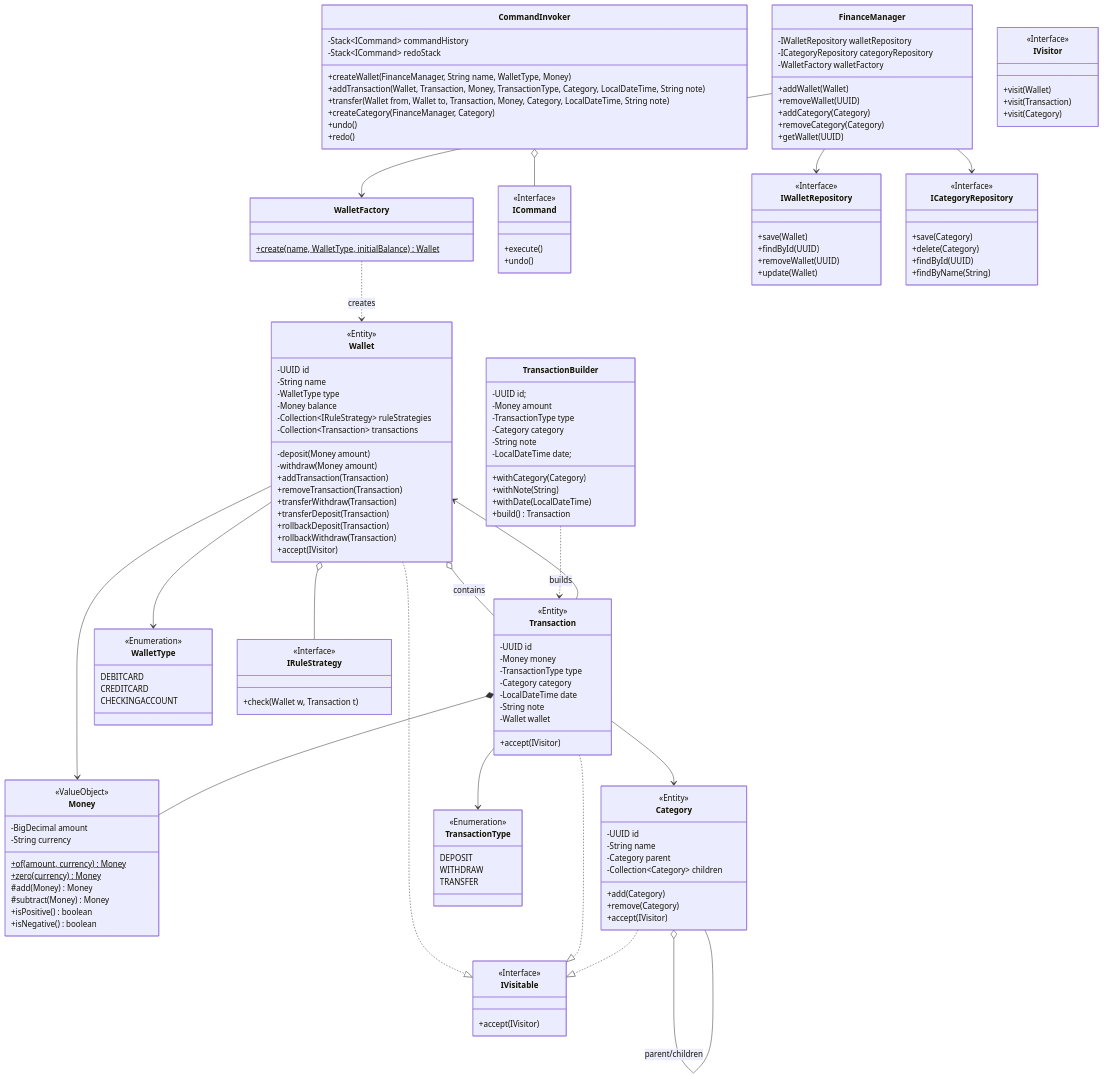
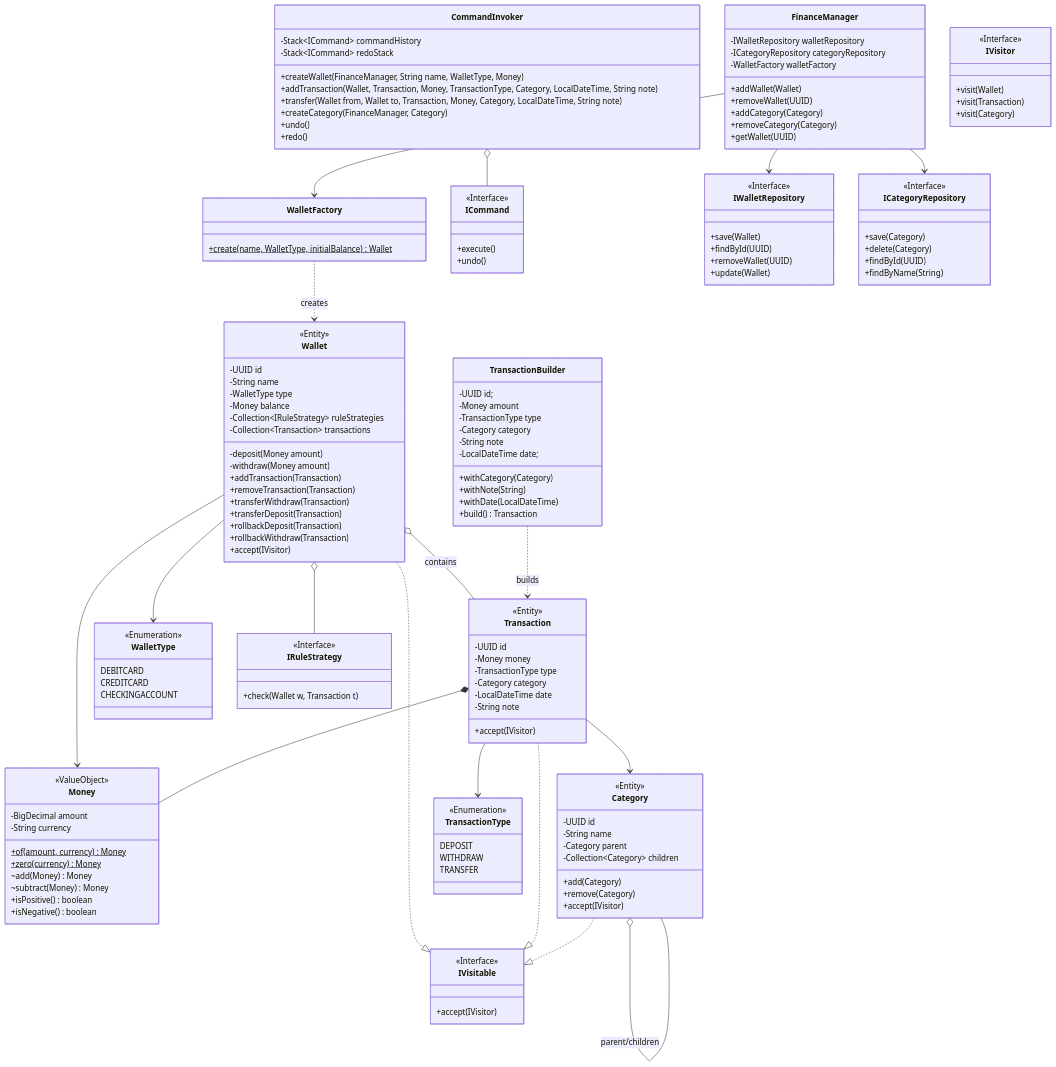
The first of 5 diagrams in README.md (simopugliese/java-clean-finance), drawn with Mermaid before and after one commit. The commit also changed other lines of this file and 2 other files, not shown here.

```diff
--- a/README.md
+++ b/README.md
@@ -114,8 +115,8 @@
         -String currency
         +of(amount, currency) Money$
         +zero(currency) Money$
-        #add(Money) Money
-        #subtract(Money) Money
+        ~add(Money) Money
+        ~subtract(Money) Money
         +isPositive() boolean
         +isNegative() boolean
     }
@@ -147,7 +148,6 @@
         -Category category
         -LocalDateTime date
         -String note
-        -Wallet wallet
         +accept(IVisitor)
     }
 
@@ -185,7 +185,6 @@
     Transaction *-- Money
     Transaction --> TransactionType
     Transaction --> Category
-    Transaction --> Wallet
     Transaction ..|> IVisitable
 
     Category o-- Category : parent/children
```
